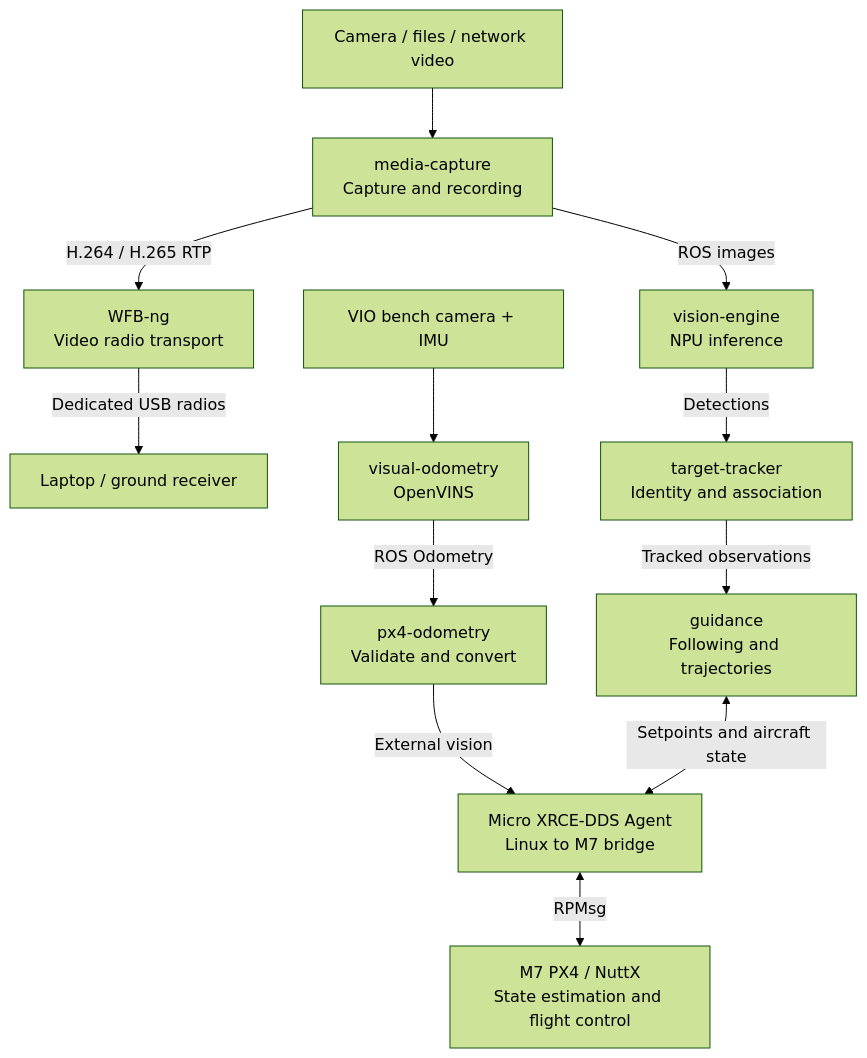
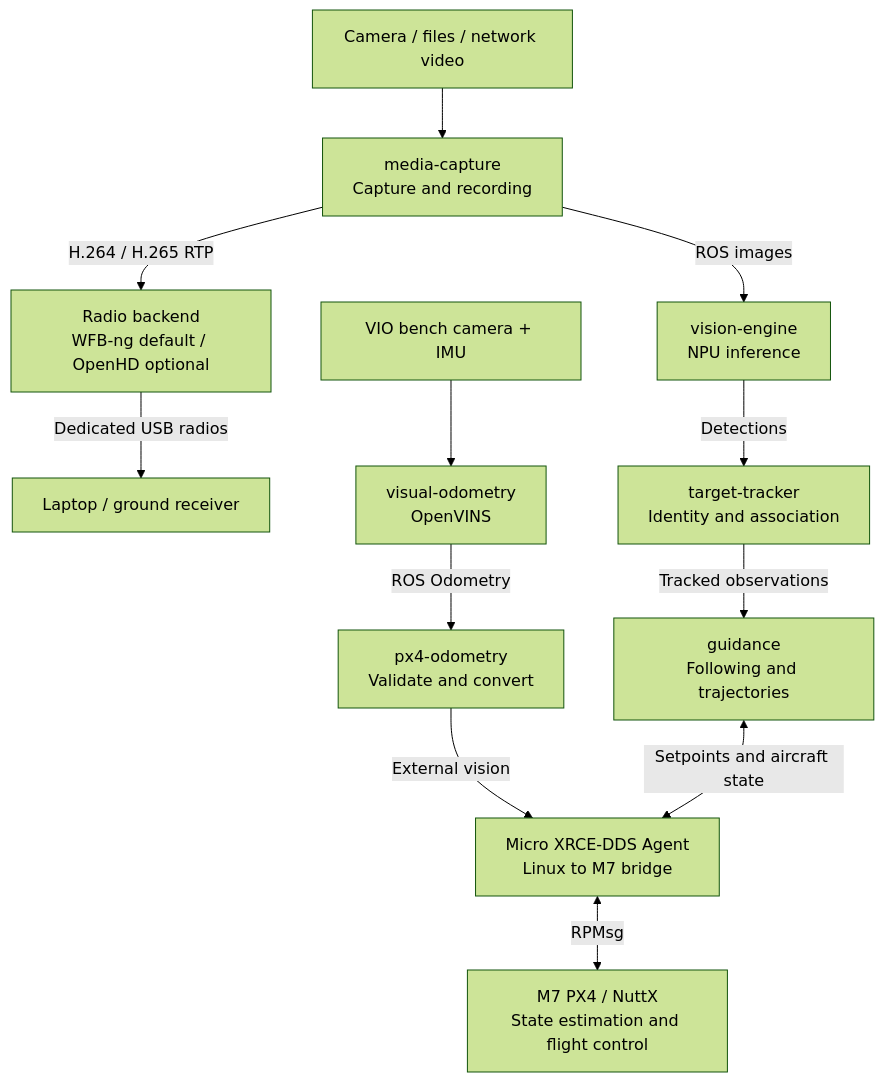
One commit to Swamy-BV/meta-raven changed the diagram in README.md. Above: the diagram before and after it, drawn with Mermaid (forest theme). The commit also changed other lines of this file and 18 other files, not shown here.

First line of the commit message:
Add optional OpenHD video and telemetry backend

````diff
--- a/README.md
+++ b/README.md
@@ -77,28 +78,28 @@
 ```mermaid
 flowchart TD
     source["Camera / files / network video"]
     capture["media-capture<br/>Capture and recording"]
-    radio["WFB-ng<br/>Video radio transport"]
+    radio["Radio backend<br/>WFB-ng default / OpenHD optional"]
     receiver["Laptop / ground receiver"]
     vision["vision-engine<br/>NPU inference"]
     tracker["target-tracker<br/>Identity and association"]
     guidance["guidance<br/>Following and trajectories"]
     dds["Micro XRCE-DDS Agent<br/>Linux to M7 bridge"]
     px4["M7 PX4 / NuttX<br/>State estimation and flight control"]
 
     sensors["VIO bench camera + IMU"]
     vio["visual-odometry<br/>OpenVINS"]
     adapter["px4-odometry<br/>Validate and convert"]
 
     source --> capture
     capture -->|H.264 / H.265 RTP| radio
     radio -->|Dedicated USB radios| receiver
     sensors --> vio
     vio -->|ROS Odometry| adapter
     adapter -->|External vision| dds
     capture -->|ROS images| vision
     vision -->|Detections| tracker
     tracker -->|Tracked observations| guidance
     guidance <-->|Setpoints and aircraft state| dds
     dds <-->|RPMsg| px4
 ```
````
